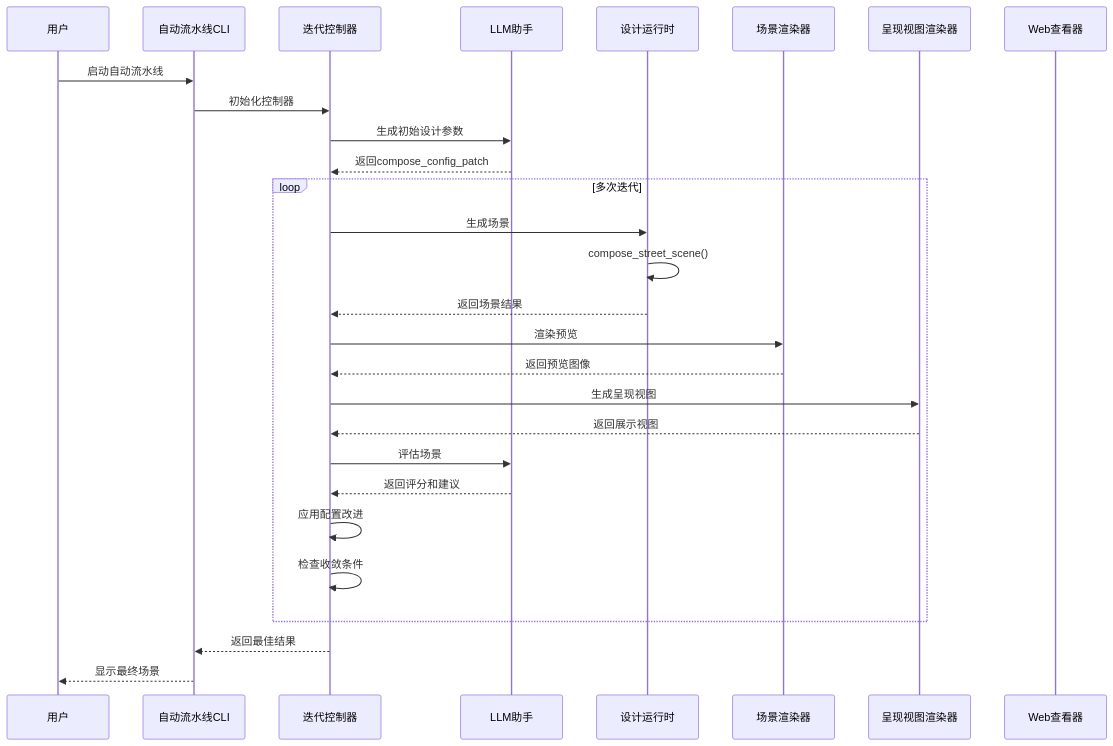
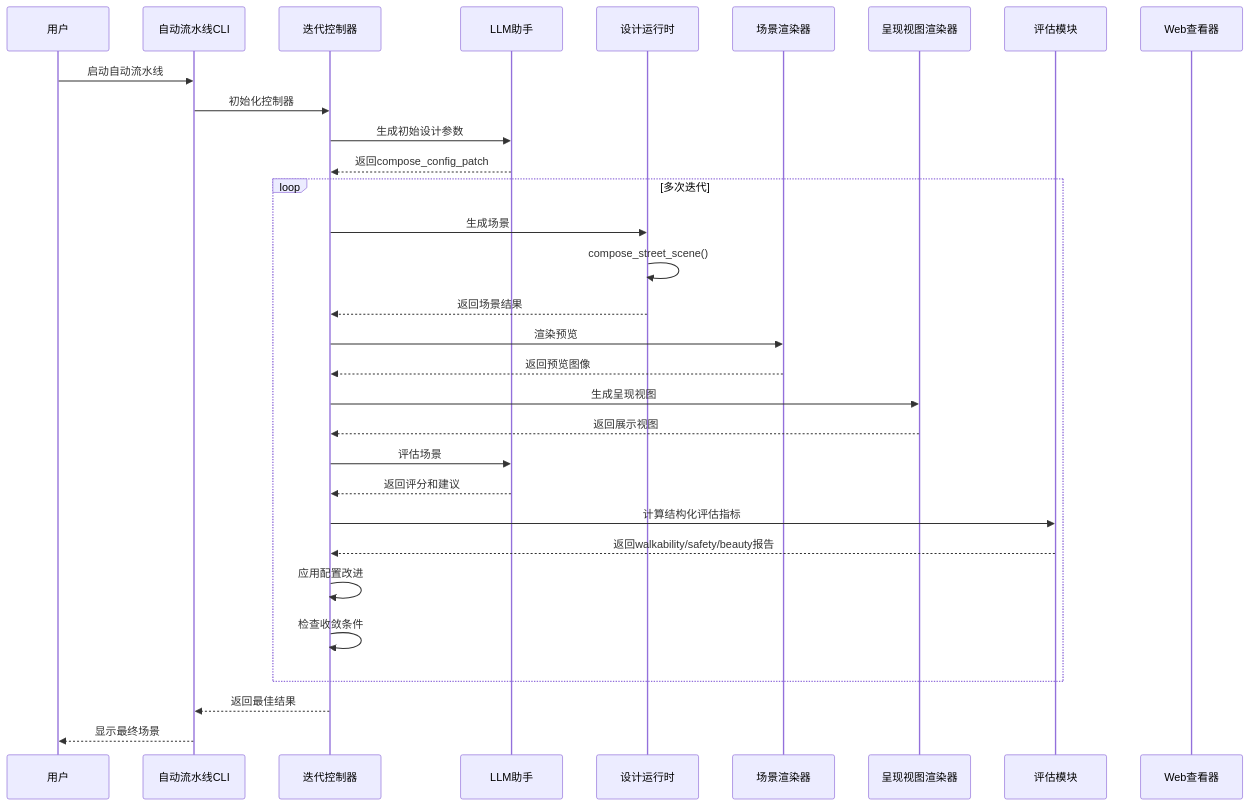
One commit to wsqstar/RoadGen3D changed the second of 17 diagrams in .qoder/repowiki/zh/content/里程碑管道/自动场景生成流水线/自动场景生成流水线.md. Above: the diagram before and after it, drawn with Mermaid. The commit also changed other lines of this file and 12 other files, not shown here.

````diff
--- a/.qoder/repowiki/zh/content/里程碑管道/自动场景生成流水线/自动场景生成流水线.md
+++ b/.qoder/repowiki/zh/content/里程碑管道/自动场景生成流水线/自动场景生成流水线.md
@@ -137,30 +164,33 @@
 ```mermaid
 sequenceDiagram
 participant User as 用户
 participant CLI as 自动流水线CLI
 participant Controller as 迭代控制器
 participant LLM as LLM助手
 participant Runtime as 设计运行时
 participant Renderer as 场景渲染器
 participant Beauty as 呈现视图渲染器
+participant EvalModule as 评估模块
 participant Viewer as Web查看器
 User->>CLI : 启动自动流水线
 CLI->>Controller : 初始化控制器
 Controller->>LLM : 生成初始设计参数
 LLM-->>Controller : 返回compose_config_patch
 loop 多次迭代
 Controller->>Runtime : 生成场景
 Runtime->>Runtime : compose_street_scene()
 Runtime-->>Controller : 返回场景结果
 Controller->>Renderer : 渲染预览
 Renderer-->>Controller : 返回预览图像
 Controller->>Beauty : 生成呈现视图
 Beauty-->>Controller : 返回展示视图
 Controller->>LLM : 评估场景
 LLM-->>Controller : 返回评分和建议
+Controller->>EvalModule : 计算结构化评估指标
+EvalModule-->>Controller : 返回walkability/safety/beauty报告
 Controller->>Controller : 应用配置改进
 Controller->>Controller : 检查收敛条件
 end
 Controller-->>CLI : 返回最佳结果
 CLI-->>User : 显示最终场景
 ```
````
